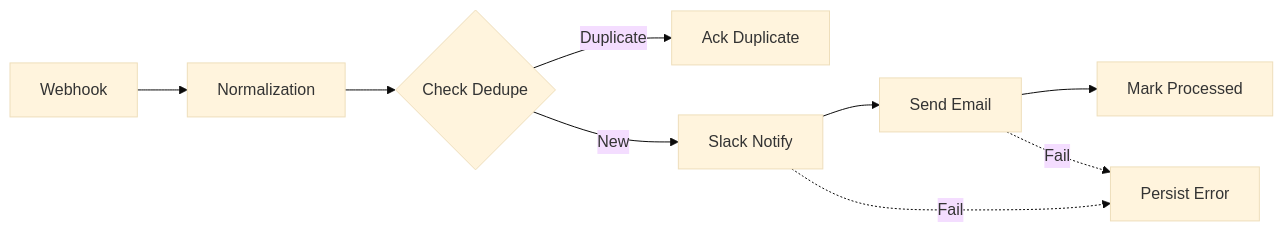
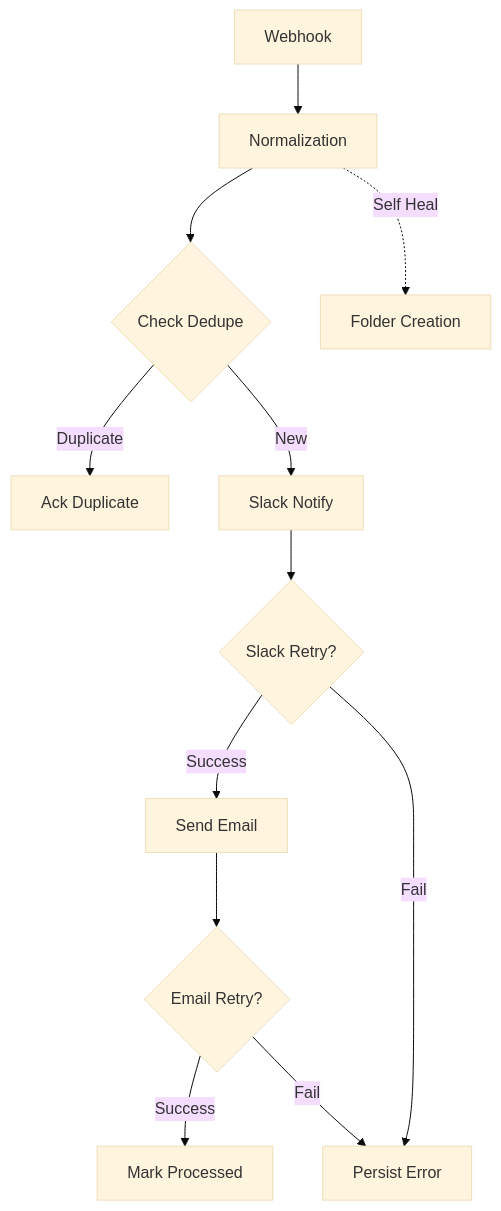
The diagram in submission/TECHNICAL_DOCUMENTATION.md (Sagarsangale01/n8n-incident-automation-pro), drawn with Mermaid (base theme) before and after one commit. The commit also changed other lines of this file and 3 other files, not shown here.

Commit message:
feat: self-healing directory logic and non-overlapping retry lanes

````diff
--- a/submission/TECHNICAL_DOCUMENTATION.md
+++ b/submission/TECHNICAL_DOCUMENTATION.md
@@ -8,11 +8,14 @@
 ```mermaid
-graph LR
+graph TD
     A[Webhook] --> B[Normalization]
     B --> C{Check Dedupe}
     C -->|Duplicate| D[Ack Duplicate]
-    C -->|New| E[Slack Notify]
-    E --> F[Send Email]
-    F --> G[Mark Processed]
-    E -. Fail .-> H[Persist Error]
-    F -. Fail .-> H
+    B -. Self Heal .-> E[Folder Creation]
+    C -->|New| F[Slack Notify]
+    F --> G{Slack Retry?}
+    G -->|Success| H[Send Email]
+    G -->|Fail| I[Persist Error]
+    H --> J{Email Retry?}
+    J -->|Success| K[Mark Processed]
+    J -->|Fail| I
 ```
````
